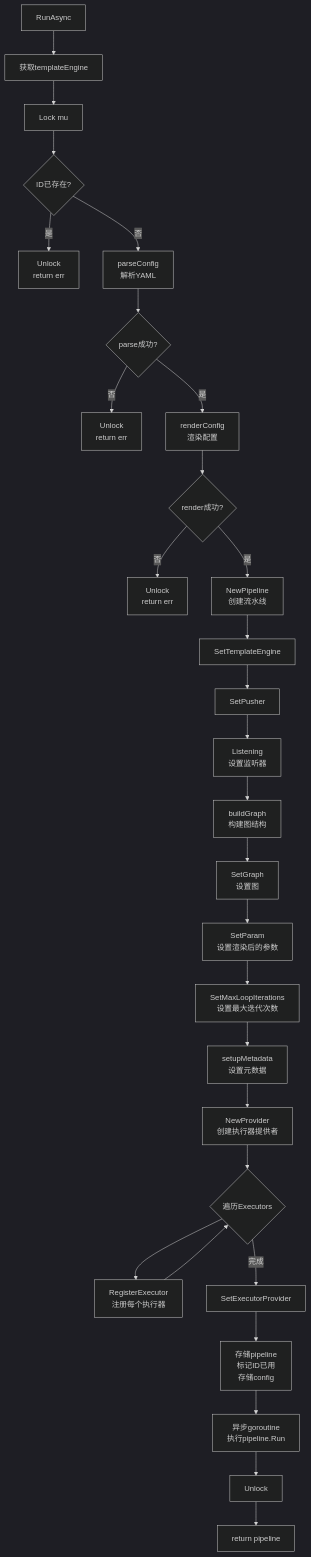
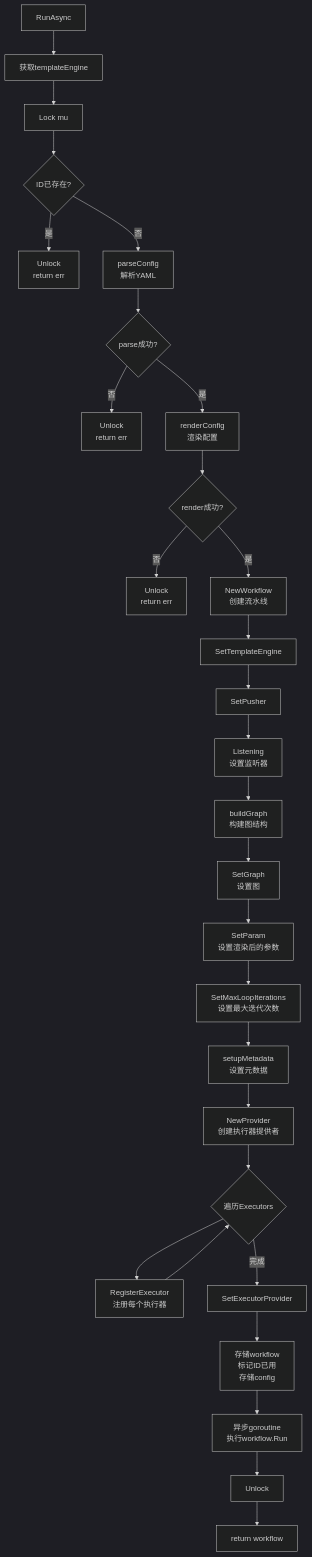
The third of 12 diagrams in FLOWS.md (LerkoX/flowx), drawn with Mermaid (dark theme) before and after one commit. The commit also changed other lines of this file and 99 other files, not shown here.

First line of the commit message:
refactor: Pipeline 统一更名为 Workflow

````diff
--- a/FLOWS.md
+++ b/FLOWS.md
@@ -41,37 +41,37 @@
 ```mermaid
 flowchart TD
     A[RunAsync] --> B[获取templateEngine]
     B --> C[Lock mu]
     C --> D{ID已存在?}
     D -->|是| E[Unlock<br/>return err]
     D -->|否| F[parseConfig<br/>解析YAML]
     F --> G{parse成功?}
     G -->|否| H[Unlock<br/>return err]
     G -->|是| I[renderConfig<br/>渲染配置]
 
     I --> J{render成功?}
     J -->|否| K[Unlock<br/>return err]
-    J -->|是| L[NewPipeline<br/>创建流水线]
+    J -->|是| L[NewWorkflow<br/>创建流水线]
 
     L --> M[SetTemplateEngine]
     M --> N[SetPusher]
     N --> O[Listening<br/>设置监听器]
     O --> P[buildGraph<br/>构建图结构]
     P --> Q[SetGraph<br/>设置图]
 
     Q --> R[SetParam<br/>设置渲染后的参数]
     R --> S[SetMaxLoopIterations<br/>设置最大迭代次数]
     S --> T[setupMetadata<br/>设置元数据]
 
     T --> U[NewProvider<br/>创建执行器提供者]
     U --> V{遍历Executors}
     V --> W[RegisterExecutor<br/>注册每个执行器]
     W --> V
     V -->|完成| X[SetExecutorProvider]
 
-    X --> Y[存储pipeline<br/>标记ID已用<br/>存储config]
-    Y --> Z[异步goroutine<br/>执行pipeline.Run]
+    X --> Y[存储workflow<br/>标记ID已用<br/>存储config]
+    Y --> Z[异步goroutine<br/>执行workflow.Run]
 
     Z --> AA[Unlock]
-    AA --> AB[return pipeline]
+    AA --> AB[return workflow]
 ```
````
